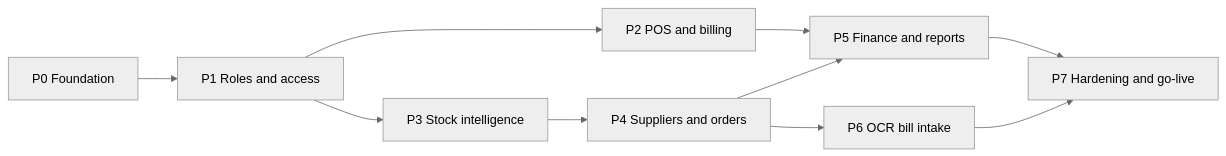
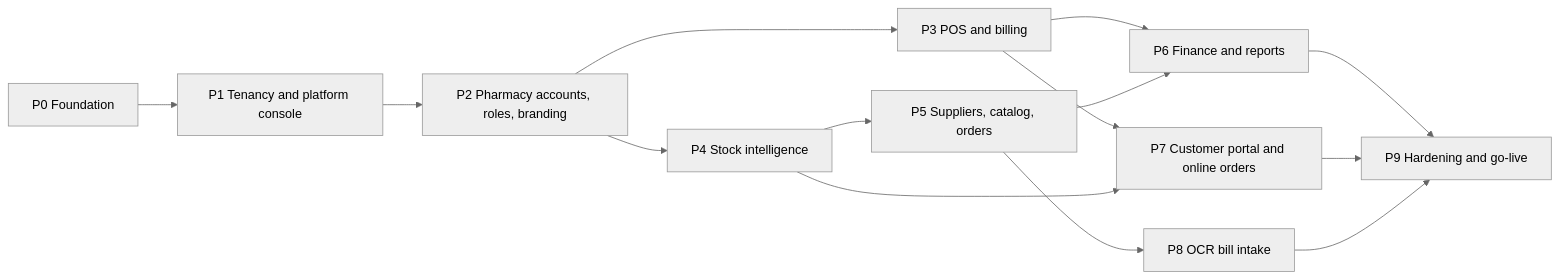
Before and after one commit to sudais-khalid/pharmacy-crm: the diagram in docs/plan/05-roadmap.md, drawn with Mermaid (neutral theme). The commit also changed other lines of this file, not shown here.

First line of the commit message:
Rework roadmap around tenancy, accounts and customer portal

````diff
--- a/docs/plan/05-roadmap.md
+++ b/docs/plan/05-roadmap.md
@@ -7,12 +7,16 @@
 ```mermaid
 flowchart LR
-  P0[P0 Foundation] --> P1[P1 Roles and access]
-  P1 --> P2[P2 POS and billing]
-  P1 --> P3[P3 Stock intelligence]
-  P3 --> P4[P4 Suppliers and orders]
-  P2 --> P5[P5 Finance and reports]
-  P4 --> P5
-  P4 --> P6[P6 OCR bill intake]
-  P5 --> P7[P7 Hardening and go-live]
-  P6 --> P7
+  P0[P0 Foundation] --> P1[P1 Tenancy and platform console]
+  P1 --> P2[P2 Pharmacy accounts, roles, branding]
+  P2 --> P3[P3 POS and billing]
+  P2 --> P4[P4 Stock intelligence]
+  P4 --> P5[P5 Suppliers, catalog, orders]
+  P3 --> P6[P6 Finance and reports]
+  P5 --> P6
+  P3 --> P7[P7 Customer portal and online orders]
+  P4 --> P7
+  P5 --> P8[P8 OCR bill intake]
+  P6 --> P9[P9 Hardening and go-live]
+  P7 --> P9
+  P8 --> P9
 ```
````
